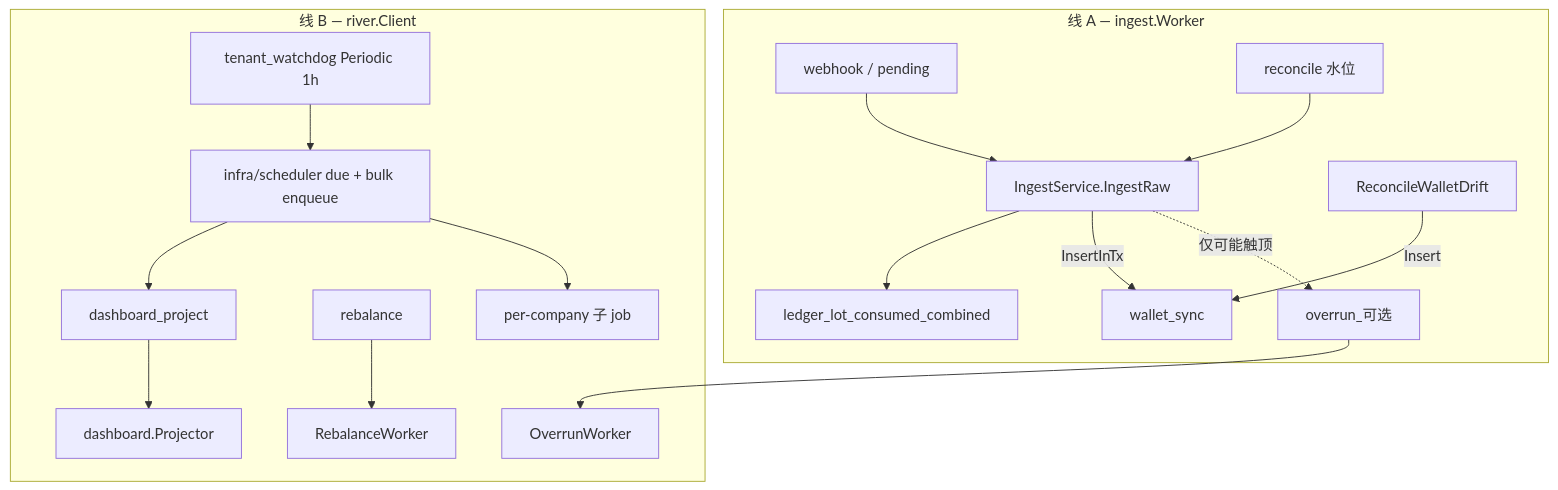
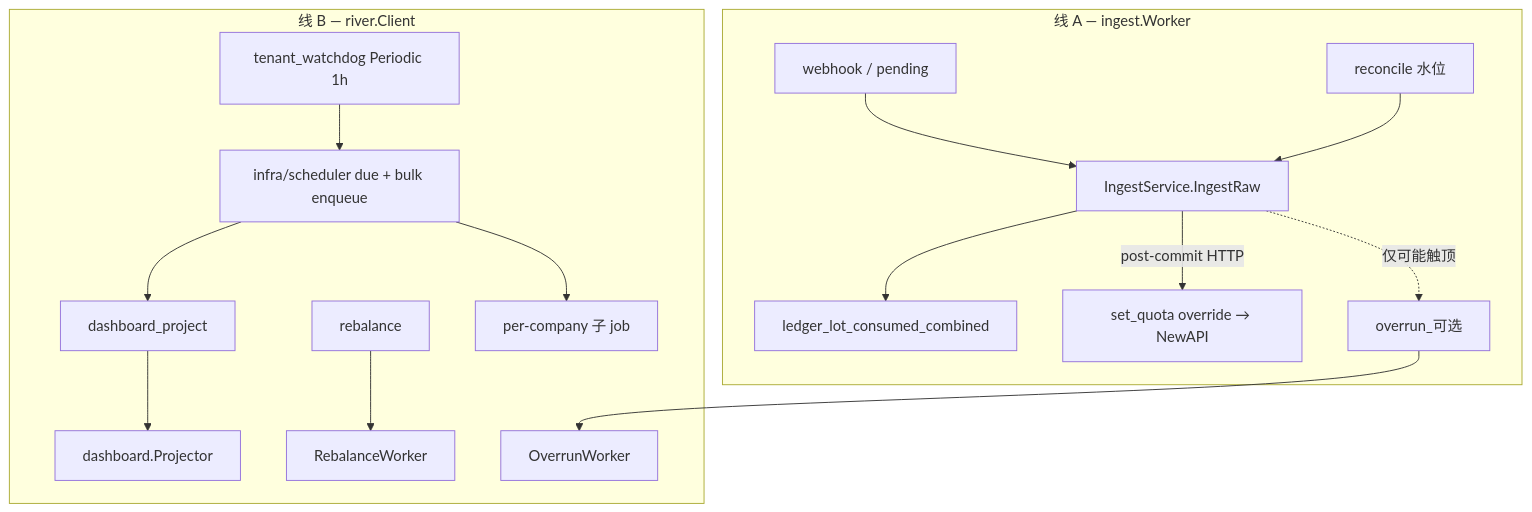
One commit to quyip8818/mytokenjoy changed the diagram in apps/docs/Backend-离线任务.md. Above: the diagram before and after it, drawn with Mermaid. The commit also changed other lines of this file and 23 other files, not shown here.

First line of the commit message:
feat(billing): realtime wallet sync via set_quota override

````diff
--- a/apps/docs/Backend-离线任务.md
+++ b/apps/docs/Backend-离线任务.md
@@ -27,20 +27,19 @@
 ```mermaid
 flowchart TB
   subgraph lineA [线 A — ingest.Worker]
     WH[webhook / pending] --> ING[IngestService.IngestRaw]
     REC[reconcile 水位] --> ING
     ING --> LEDGER[ledger_lot_consumed_combined]
-    ING -->|InsertInTx| WSjob[wallet_sync]
+    ING -->|post-commit HTTP| WS[set_quota override → NewAPI]
     ING -.->|仅可能触顶| OV[overrun_可选]
-    DRIFT[ReconcileWalletDrift] -->|Insert| WSjob
   end
 
   subgraph lineB [线 B — river.Client]
     WD[tenant_watchdog Periodic 1h] --> SCHED[infra/scheduler due + bulk enqueue]
     SCHED --> DP[dashboard_project]
     DP --> DPW[dashboard.Projector]
     OV --> OVW[OverrunWorker]
     RB[rebalance] --> RBW[RebalanceWorker]
     SCHED --> TENANT[per-company 子 job]
   end
 ```
````
